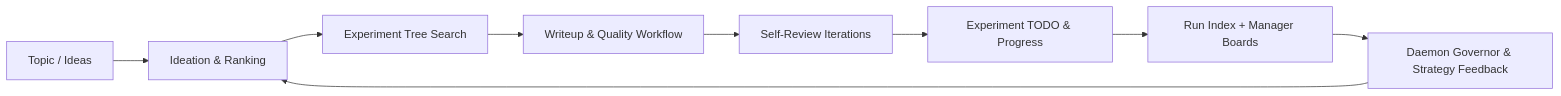
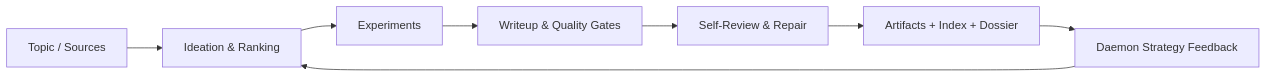
One commit to smileformylove/XScientist changed the diagram in README.md. Above: the diagram before and after it, drawn with Mermaid. The commit also changed other lines of this file, not shown here.

````diff
--- a/README.md
+++ b/README.md
@@ -93,11 +46,10 @@
 ```mermaid
 flowchart LR
-  A["Topic / Ideas"] --> B["Ideation & Ranking"]
-  B --> C["Experiment Tree Search"]
-  C --> D["Writeup & Quality Workflow"]
-  D --> E["Self-Review Iterations"]
-  E --> F["Experiment TODO & Progress"]
-  F --> G["Run Index + Manager Boards"]
-  G --> H["Daemon Governor & Strategy Feedback"]
-  H --> B
+  A["Topic / Sources"] --> B["Ideation & Ranking"]
+  B --> C["Experiments"]
+  C --> D["Writeup & Quality Gates"]
+  D --> E["Self-Review & Repair"]
+  E --> F["Artifacts + Index + Dossier"]
+  F --> G["Daemon Strategy Feedback"]
+  G --> B
 ```
````
